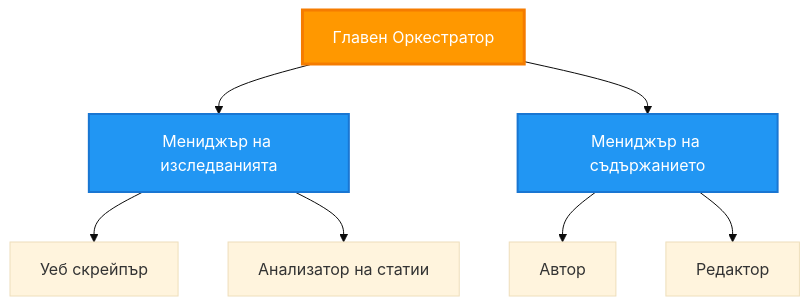
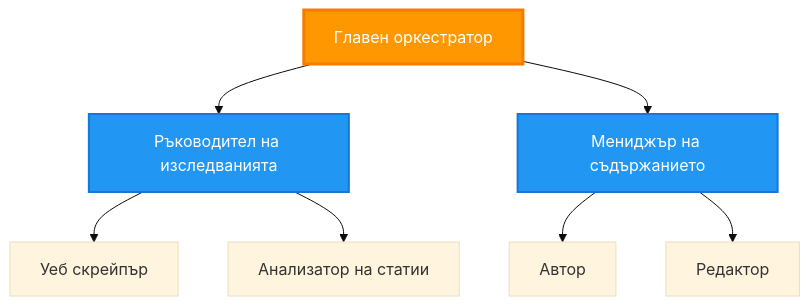
Before and after one commit to microsoft/AZD-for-beginners: the third of 6 diagrams in translations/bg/docs/chapter-06-pre-deployment/coordination-patterns.md, drawn with Mermaid (base theme). The commit also changed other lines of this file and 101 other files, not shown here.

````diff
--- a/translations/bg/docs/chapter-06-pre-deployment/coordination-patterns.md
+++ b/translations/bg/docs/chapter-06-pre-deployment/coordination-patterns.md
@@ -150,21 +143,21 @@
 ```mermaid
 graph TB
-    Master[Главен Оркестратор]
-    Manager1[Мениджър на изследванията]
+    Master[Главен оркестратор]
+    Manager1[Ръководител на изследванията]
     Manager2[Мениджър на съдържанието]
     W1[Уеб скрейпър]
     W2[Анализатор на статии]
     W3[Автор]
     W4[Редактор]
     
     Master --> Manager1
     Master --> Manager2
     Manager1 --> W1
     Manager1 --> W2
     Manager2 --> W3
     Manager2 --> W4
     
     style Master fill:#FF9800,stroke:#F57C00,stroke-width:3px,color:#fff
     style Manager1 fill:#2196F3,stroke:#1976D2,stroke-width:2px,color:#fff
     style Manager2 fill:#2196F3,stroke:#1976D2,stroke-width:2px,color:#fff
 ```
````
